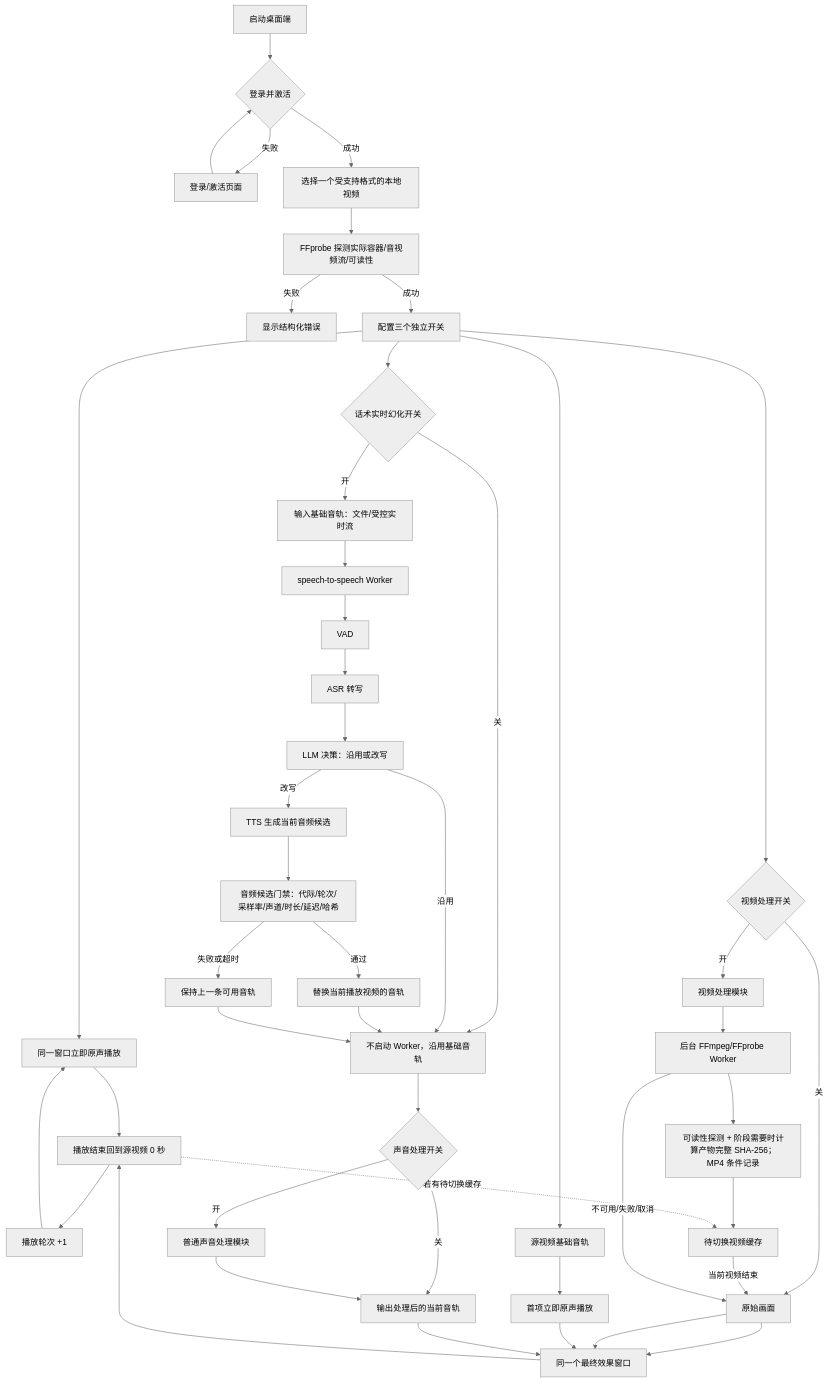
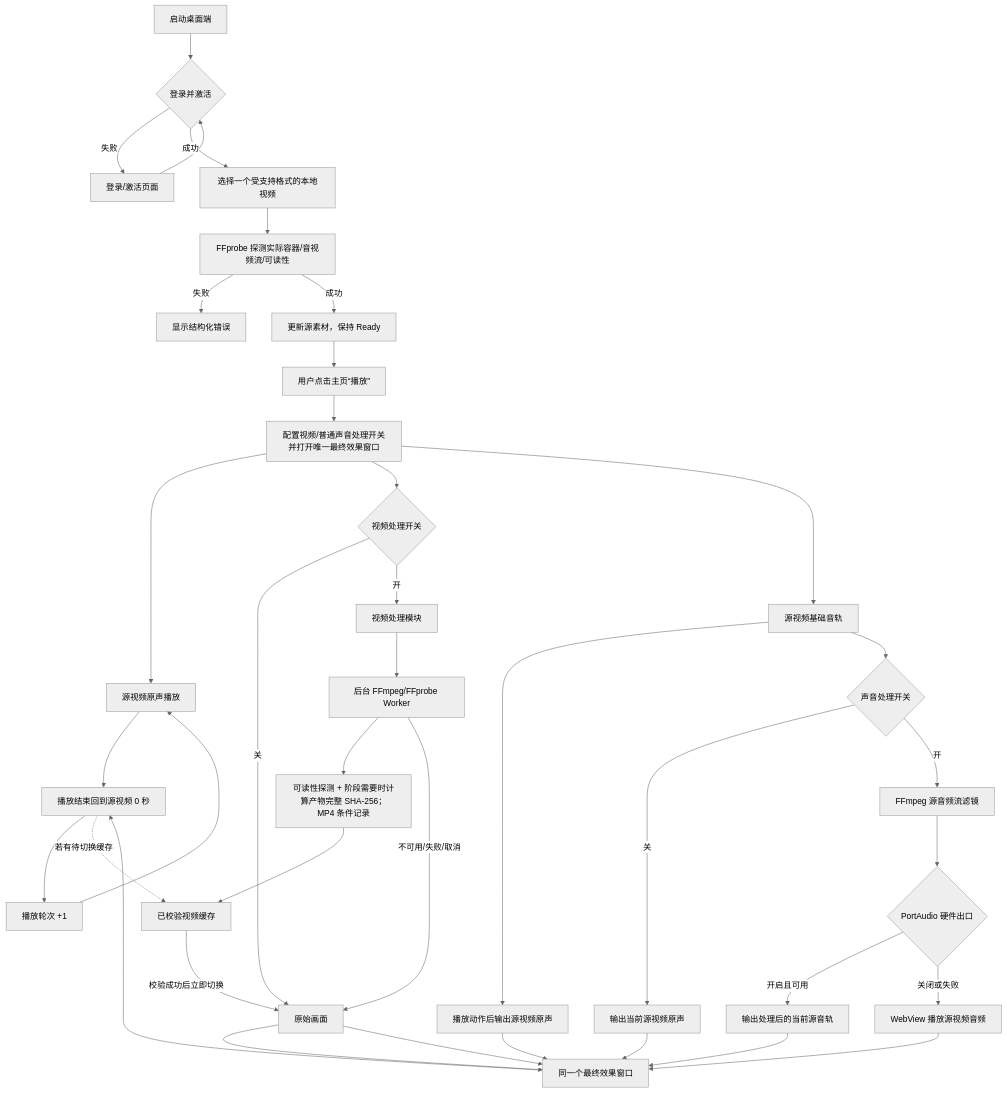
Before and after one commit to asd494235908/autolive: the first of 4 diagrams in 桌面端功能流程图.md, drawn with Mermaid (neutral theme). The commit also changed other lines of this file and 165 other files, not shown here.

First line of the commit message:
feat(desktop): stabilize PortAudio playback and packaging

````diff
--- a/桌面端功能流程图.md
+++ b/桌面端功能流程图.md
@@ -9,53 +11,44 @@
 ```mermaid
 flowchart TD
     Start[启动桌面端] --> Auth{登录并激活}
     Auth -->|失败| AuthPage[登录/激活页面]
     AuthPage --> Auth
     Auth -->|成功| Import[选择一个受支持格式的本地视频]
     Import --> Probe[FFprobe 探测实际容器/音视频流/可读性]
     Probe -->|失败| Error[显示结构化错误]
-    Probe -->|成功| Config[配置三个独立开关]
-    Config --> Original[同一窗口立即原声播放]
+    Probe -->|成功| Ready[更新源素材，保持 Ready]
+    Ready --> Play[用户点击主页“播放”]
+    Play --> Config[配置视频/普通声音处理开关并打开唯一最终效果窗口]
+    Config --> Original[源视频原声播放]
     Original --> Loop[播放结束回到源视频 0 秒]
     Loop --> Round[播放轮次 +1]
     Round --> Original
 
     Config --> VideoSwitch{视频处理开关}
     VideoSwitch -->|关| OriginalVideo[原始画面]
     VideoSwitch -->|开| VideoProcess[视频处理模块]
     VideoProcess --> VideoWorker[后台 FFmpeg/FFprobe Worker]
     VideoWorker --> Verify[可读性探测 + 阶段需要时计算产物完整 SHA-256；MP4 条件记录]
-    Verify --> Pending[待切换视频缓存]
-    Pending -->|当前视频结束| OriginalVideo
+    Verify --> Pending[已校验视频缓存]
+    Pending -->|校验成功后立即切换| OriginalVideo
     VideoWorker -->|不可用/失败/取消| OriginalVideo
     OriginalVideo --> Window[同一个最终效果窗口]
 
     Config --> BaseAudio[源视频基础音轨]
-    BaseAudio --> Immediate[首项立即原声播放]
+    BaseAudio --> Immediate[播放动作后输出源视频原声]
 
-    Config --> RealtimeSwitch{话术实时幻化开关}
-    RealtimeSwitch -->|关| Keep[不启动 Worker，沿用基础音轨]
-    RealtimeSwitch -->|开| Input[输入基础音轨：文件/受控实时流]
-    Input --> S2S[speech-to-speech Worker]
-    S2S --> VAD[VAD]
-    VAD --> ASR[ASR 转写]
-    ASR --> LLM[LLM 决策：沿用或改写]
-    LLM -->|沿用| Keep
-    LLM -->|改写| TTS[TTS 生成当前音频候选]
-    TTS --> Gate[音频候选门禁：代际/轮次/采样率/声道/时长/延迟/哈希]
-    Gate -->|通过| Replace[替换当前播放视频的音轨]
-    Gate -->|失败或超时| Fallback[保持上一条可用音轨]
-    Replace --> Keep
-    Fallback --> Keep
-
-    Keep --> AudioSwitch{声音处理开关}
-    AudioSwitch -->|关| FinalAudio[输出当前基础音轨]
-    AudioSwitch -->|开| AudioProcess[普通声音处理模块]
-    AudioProcess --> FinalAudio[输出处理后的当前音轨]
+    BaseAudio --> AudioSwitch{声音处理开关}
+    AudioSwitch -->|关| FinalAudio[输出当前源视频原声]
+    AudioSwitch -->|开| AudioProcess[FFmpeg 源音频流滤镜]
+    AudioProcess --> PortAudio{PortAudio 硬件出口}
+    PortAudio -->|开启且可用| ProcessedAudio[输出处理后的当前源音轨]
+    PortAudio -->|关闭或失败| WebViewAudio[WebView 播放源视频音频]
 
     OriginalVideo --> Window
     Immediate --> Window
     FinalAudio --> Window
+    ProcessedAudio --> Window
+    WebViewAudio --> Window
     Window --> Loop
     Loop -.若有待切换缓存.-> Pending
 ```
````
